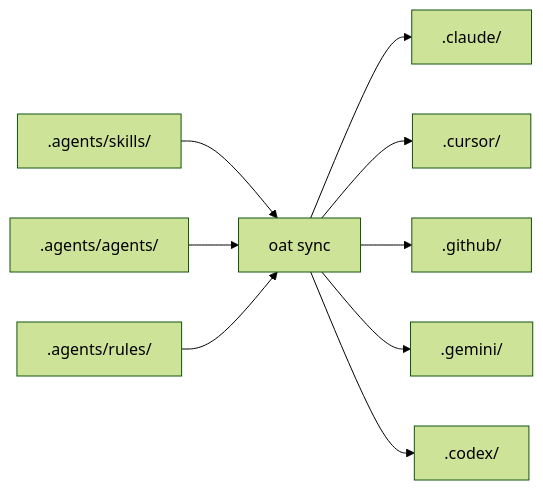
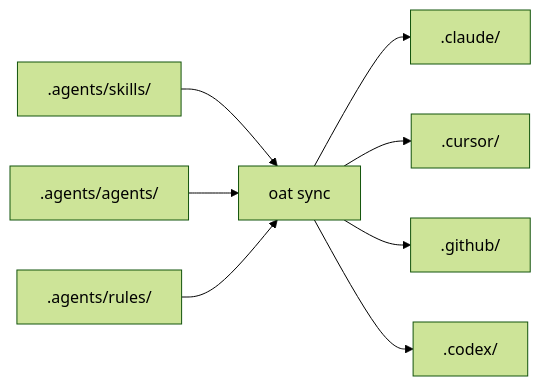
Before and after one commit to voxmedia/open-agent-toolkit: the second of 2 diagrams in apps/oat-docs/docs/getting-started/concepts.md, drawn with Mermaid (forest theme). The commit also changed other lines of this file and 4 other files, not shown here.

````diff
--- a/apps/oat-docs/docs/getting-started/concepts.md
+++ b/apps/oat-docs/docs/getting-started/concepts.md
@@ -22,11 +39,10 @@
 ```mermaid
 flowchart LR
   SKILLS[".agents/skills/"] --> OAT["oat sync"]
   AGENTS[".agents/agents/"] --> OAT
   RULES[".agents/rules/"] --> OAT
   OAT --> CLAUDE[".claude/"]
   OAT --> CURSOR[".cursor/"]
   OAT --> COPILOT[".github/"]
-  OAT --> GEMINI[".gemini/"]
   OAT --> CODEX[".codex/"]
 ```
````
